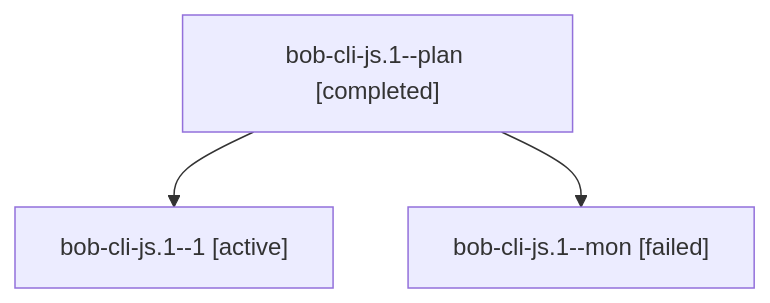
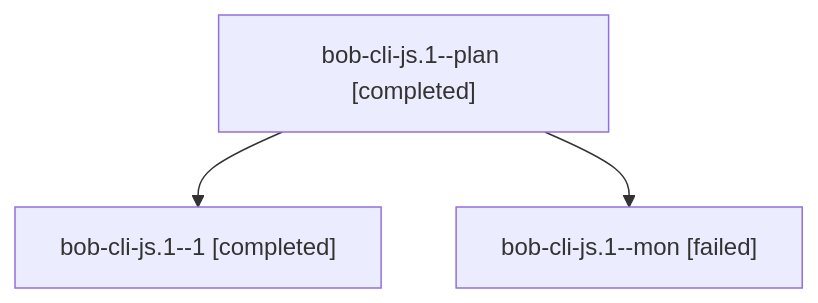
One commit to bobs-org/bob-cli--agents changed the diagram in sessions/bbugyi200.apollo.bob-cli-js.1.md. Above: the diagram before and after it, drawn with Mermaid. The commit also changed other lines of this file and 18 other files, not shown here.

````diff
--- a/sessions/bbugyi200.apollo.bob-cli-js.1.md
+++ b/sessions/bbugyi200.apollo.bob-cli-js.1.md
@@ -9,8 +9,8 @@
 ```mermaid
 flowchart TD
   n0["bob-cli-js.1--plan [completed]"]
-  n1["bob-cli-js.1--1 [active]"]
+  n1["bob-cli-js.1--1 [completed]"]
   n0 --> n1
   n2["bob-cli-js.1--mon [failed]"]
   n0 --> n2
 ```
````
